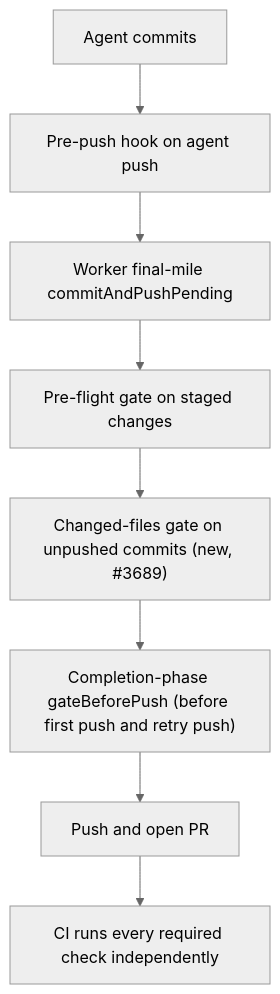
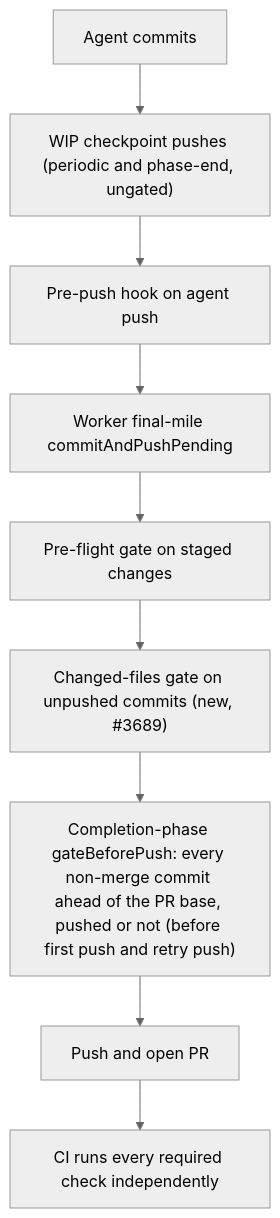
The diagram in docs/pre-pr-ci-audit.md (stSoftwareAU/VibeCoder), drawn with Mermaid (neutral theme) before and after one commit. The commit also changed other lines of this file and 9 other files, not shown here.

First line of the commit message:
Gate the whole branch before the PR, not only unpushed commits (PR #3716 review)

````diff
--- a/docs/pre-pr-ci-audit.md
+++ b/docs/pre-pr-ci-audit.md
@@ -39,10 +42,11 @@
 ```mermaid
 flowchart TD
-    A["Agent commits"] --> B["Pre-push hook on agent push"]
+    A["Agent commits"] --> W["WIP checkpoint pushes (periodic and phase-end, ungated)"]
+    W --> B["Pre-push hook on agent push"]
     B --> C["Worker final-mile commitAndPushPending"]
     C --> D["Pre-flight gate on staged changes"]
     D --> E["Changed-files gate on unpushed commits (new, #3689)"]
-    E --> H["Completion-phase gateBeforePush (before first push and retry push)"]
+    E --> H["Completion-phase gateBeforePush: every non-merge commit ahead of the PR base, pushed or not (before first push and retry push)"]
     H --> F["Push and open PR"]
     F --> G["CI runs every required check independently"]
 ```
````
